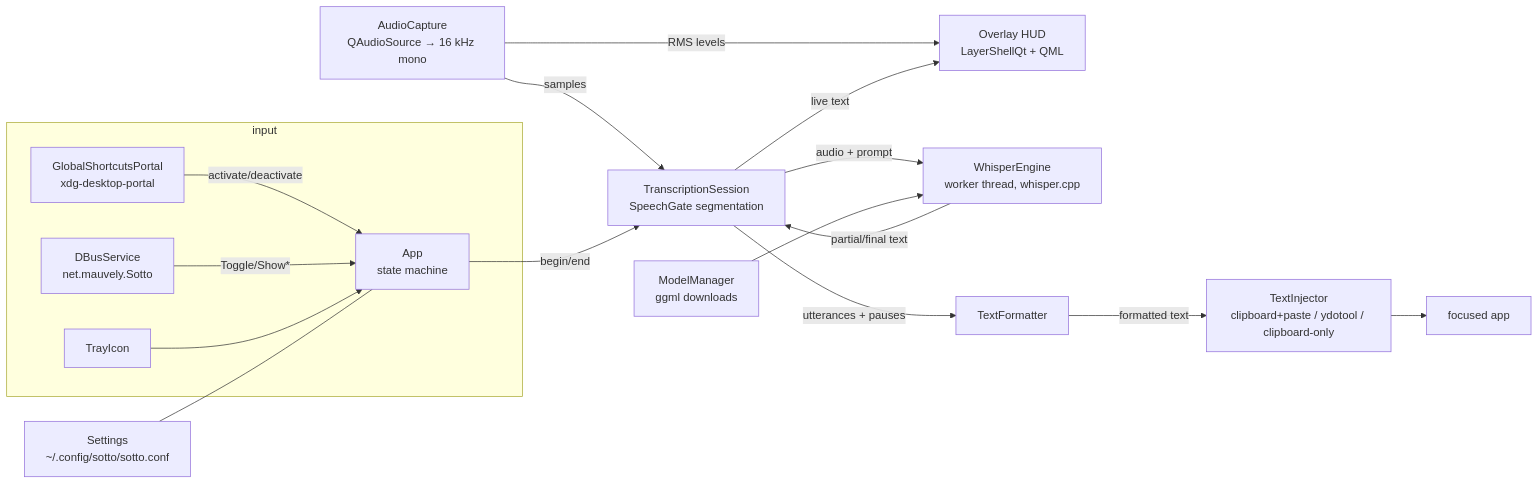
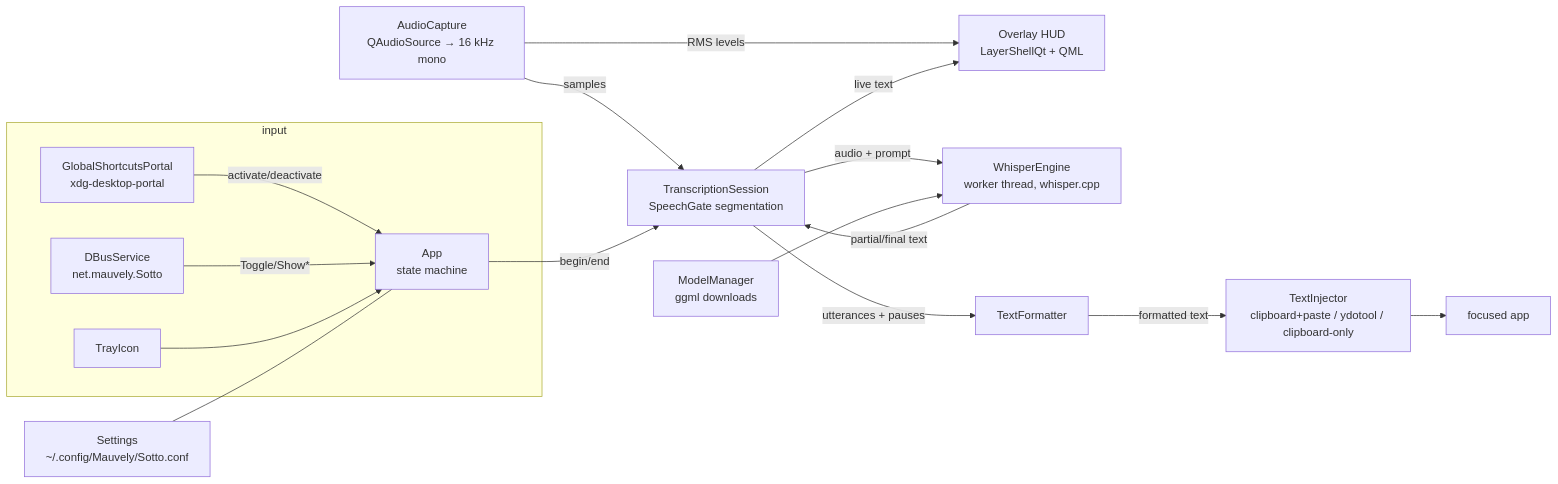
Before and after one commit to Mauvely/sotto: the diagram in docs/ARCHITECTURE.md, drawn with Mermaid. The commit also changed 6 other files, not shown here.

First line of the commit message:
Rename the binary to MauvelySotto, and join the suite's settings namespace

````diff
--- a/docs/ARCHITECTURE.md
+++ b/docs/ARCHITECTURE.md
@@ -9,24 +9,24 @@
 ```mermaid
 flowchart LR
     subgraph input
         HK[GlobalShortcutsPortal<br/>xdg-desktop-portal] -- activate/deactivate --> APP
         DBUS[DBusService<br/>net.mauvely.Sotto] -- Toggle/Show* --> APP
         TRAY[TrayIcon] --> APP
     end
 
     APP[App<br/>state machine]
 
     MIC[AudioCapture<br/>QAudioSource → 16 kHz mono] -- samples --> SESS
     MIC -- RMS levels --> HUD
 
     APP -- begin/end --> SESS[TranscriptionSession<br/>SpeechGate segmentation]
     SESS -- audio + prompt --> ENG[WhisperEngine<br/>worker thread, whisper.cpp]
     ENG -- partial/final text --> SESS
     SESS -- live text --> HUD[Overlay HUD<br/>LayerShellQt + QML]
     SESS -- utterances + pauses --> FMT[TextFormatter]
     FMT -- formatted text --> INJ[TextInjector<br/>clipboard+paste / ydotool / clipboard-only]
     INJ --> FOCUSED[focused app]
 
     MODELS[ModelManager<br/>ggml downloads] --> ENG
-    CFG[Settings<br/>~/.config/sotto/sotto.conf] --- APP
+    CFG[Settings<br/>~/.config/Mauvely/Sotto.conf] --- APP
 ```
````
